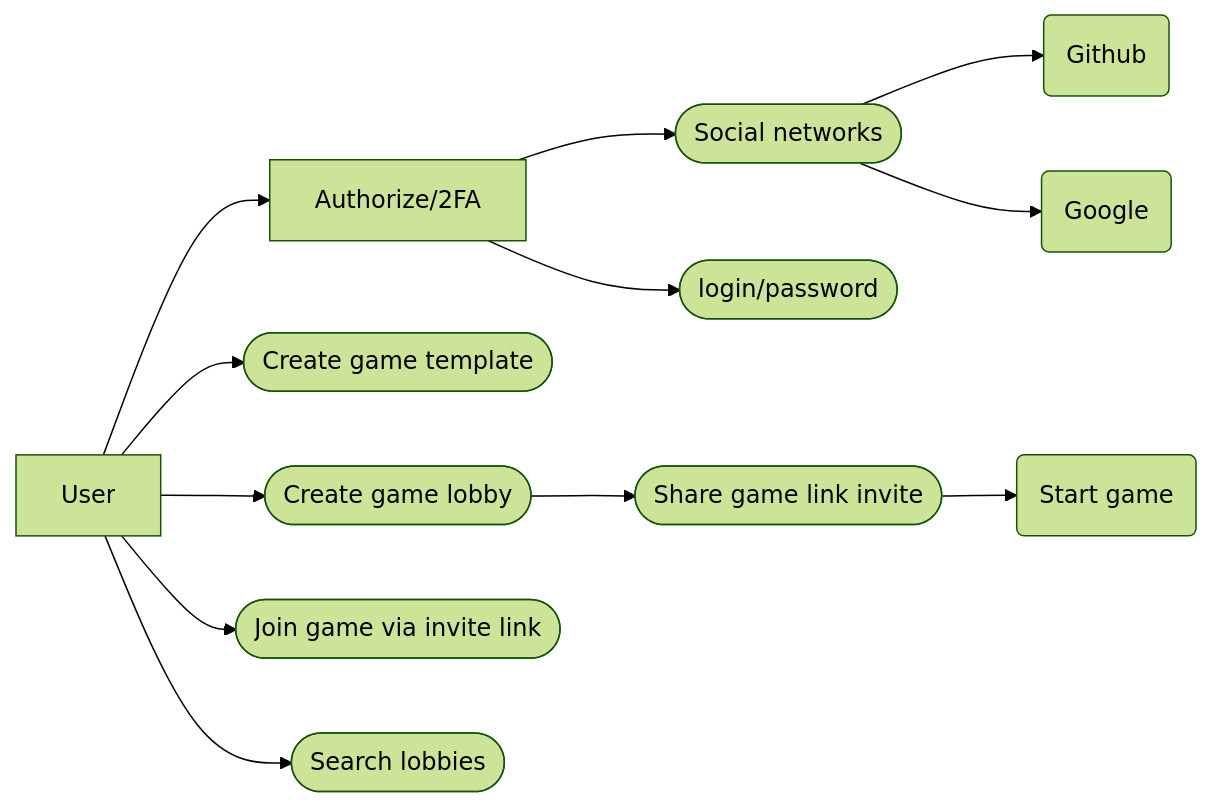
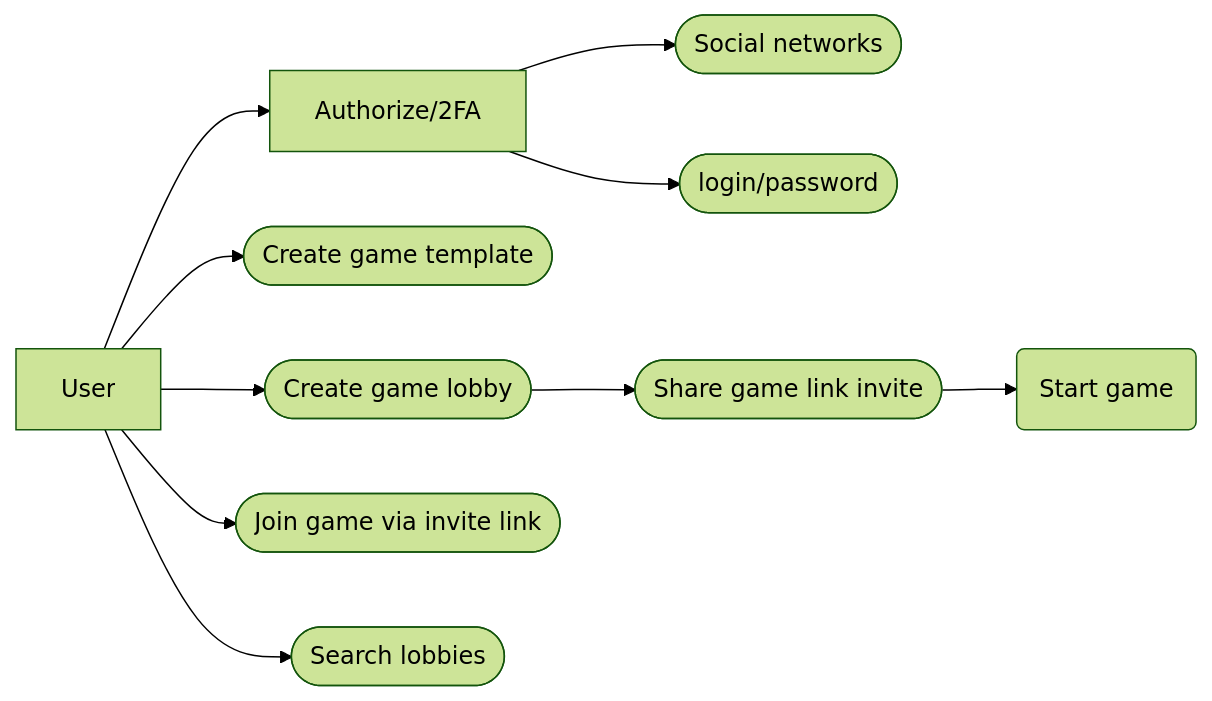
Before and after one commit to Magnus-Techies-Team/oyster-bay-express-backend: the first of 2 diagrams in README.md, drawn with Mermaid (forest theme). The commit also changed 1 other file, not shown here.

Commit message:
Update: Readme

````diff
--- a/README.md
+++ b/README.md
@@ -10,14 +10,12 @@
 ```mermaid
 flowchart LR
     A[User]-->B[Authorize/2FA]
     B-->C([Social networks])
     B-->D([login/password])
-    C-->C1(Github)
-    C-->C2(Google)
     A-->E([Create game template])
     A-->F([Create game lobby])
     F-->F1([Share game link invite])
     F1-->F2(Start game)
     A-->G([Join game via invite link])
     A-->H([Search lobbies])
 ```
````
